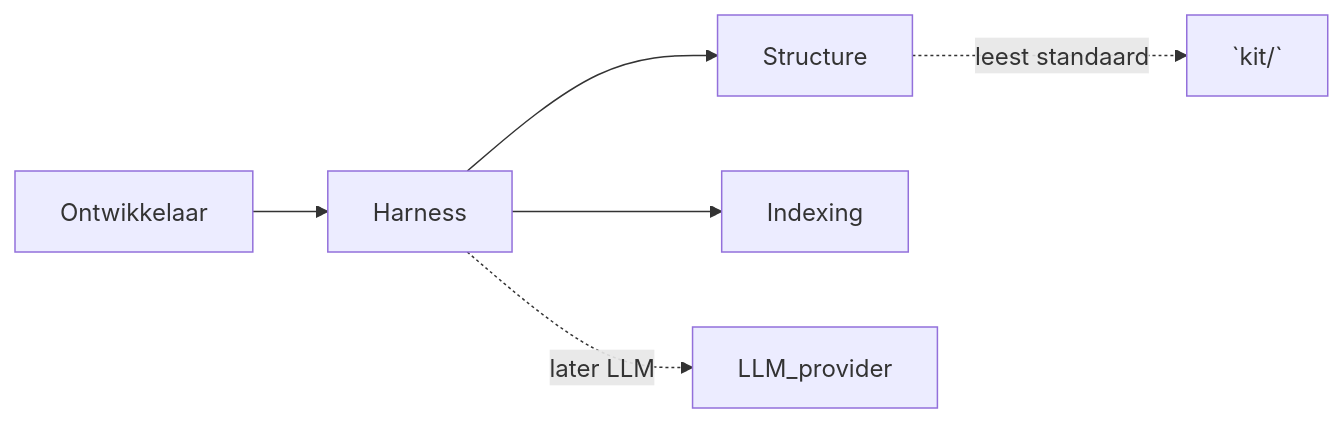
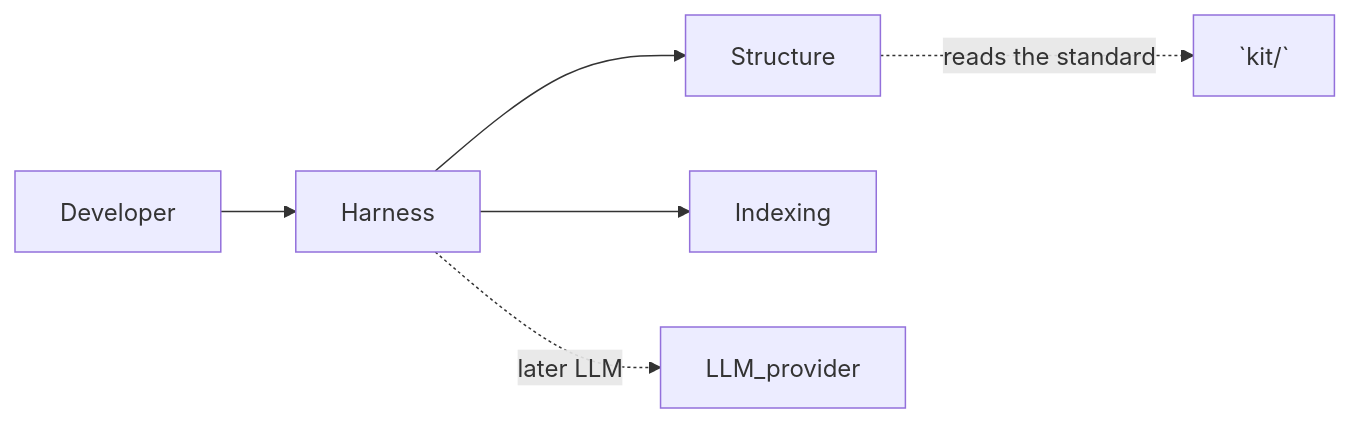
The diagram in docs/architecture/ARCHITECTURE.md (Lennaertds/cardine), drawn with Mermaid before and after one commit. The commit also changed other lines of this file and 644 other files, not shown here.

````diff
--- a/docs/architecture/ARCHITECTURE.md
+++ b/docs/architecture/ARCHITECTURE.md
@@ -14,8 +14,8 @@
 ```mermaid
 flowchart LR
-  dev[Ontwikkelaar] --> harness[Harness]
+  dev[Developer] --> harness[Harness]
   harness --> structure[Structure]
   harness --> indexing[Indexing]
-  structure -.->|leest standaard| ae[`kit/`]
+  structure -.->|reads the standard| ae[`kit/`]
   harness -.->|later LLM| llm[LLM_provider]
 ```
````
